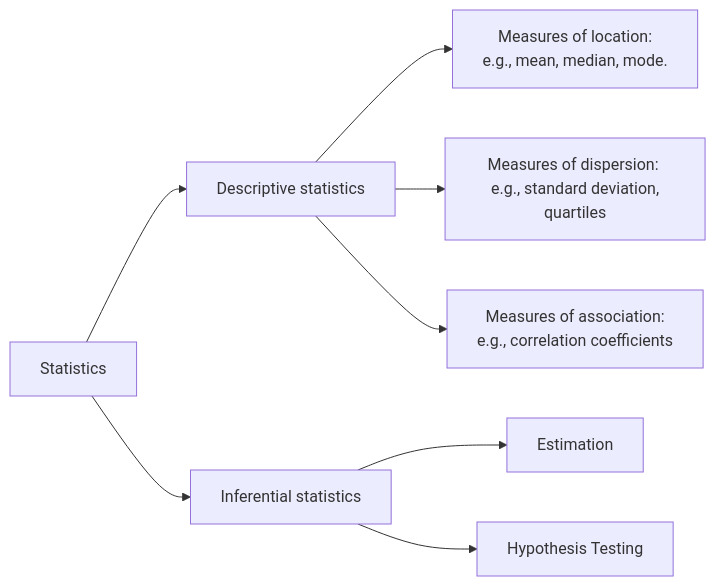
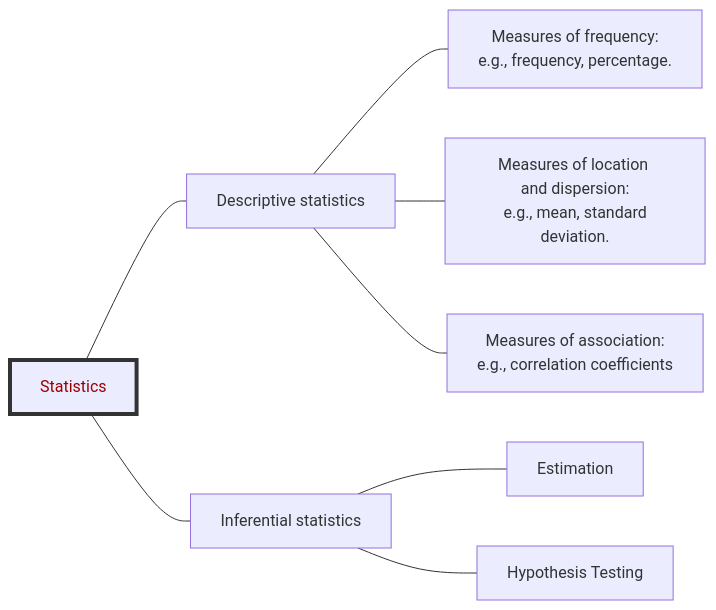
The diagram in introduction.qmd (bougioukas/medstatsjamovi123), drawn with Mermaid before and after one commit. The commit also changed other lines of this file and 2 other files, not shown here.

````diff
--- a/introduction.qmd
+++ b/introduction.qmd
@@ -52,16 +110,19 @@
 ```{mermaid}
 %%| column: screen-inset-right
 %%| label: fig-branches
 %%| fig-width: 9
 %%| fig-cap: The discipline of statistics and its two branches, descriptive statistics and inferential statistics
 
 flowchart LR
   
-    A[Statistics]--> B[Descriptive statistics]
-    A --> C[Inferential statistics]
-    B --> D[Measures of location: <br/> e.g., mean, median, mode.]
-    B --> E[Measures of dispersion: <br/> e.g., standard deviation, quartiles]
-    B --> F[Measures of association: <br/> e.g., correlation coefficients]
-    C --> G[Estimation]
-    C --> H[Hypothesis Testing]
+    A[Statistics]--- B[Descriptive statistics]
+    A --- C[Inferential statistics]
+    B --- D[Measures of frequency: <br/> e.g., frequency, percentage.]
+    B --- E[Measures of location <br/> and dispersion: <br/> e.g., mean, standard deviation.]
+    B --- G[Measures of association: <br/> e.g., correlation coefficients]
+    C --- H[Estimation]
+    C --- I[Hypothesis Testing]
+    style A color:#980000, stroke:#333,stroke-width:4px
+    
+    
 ```
````
